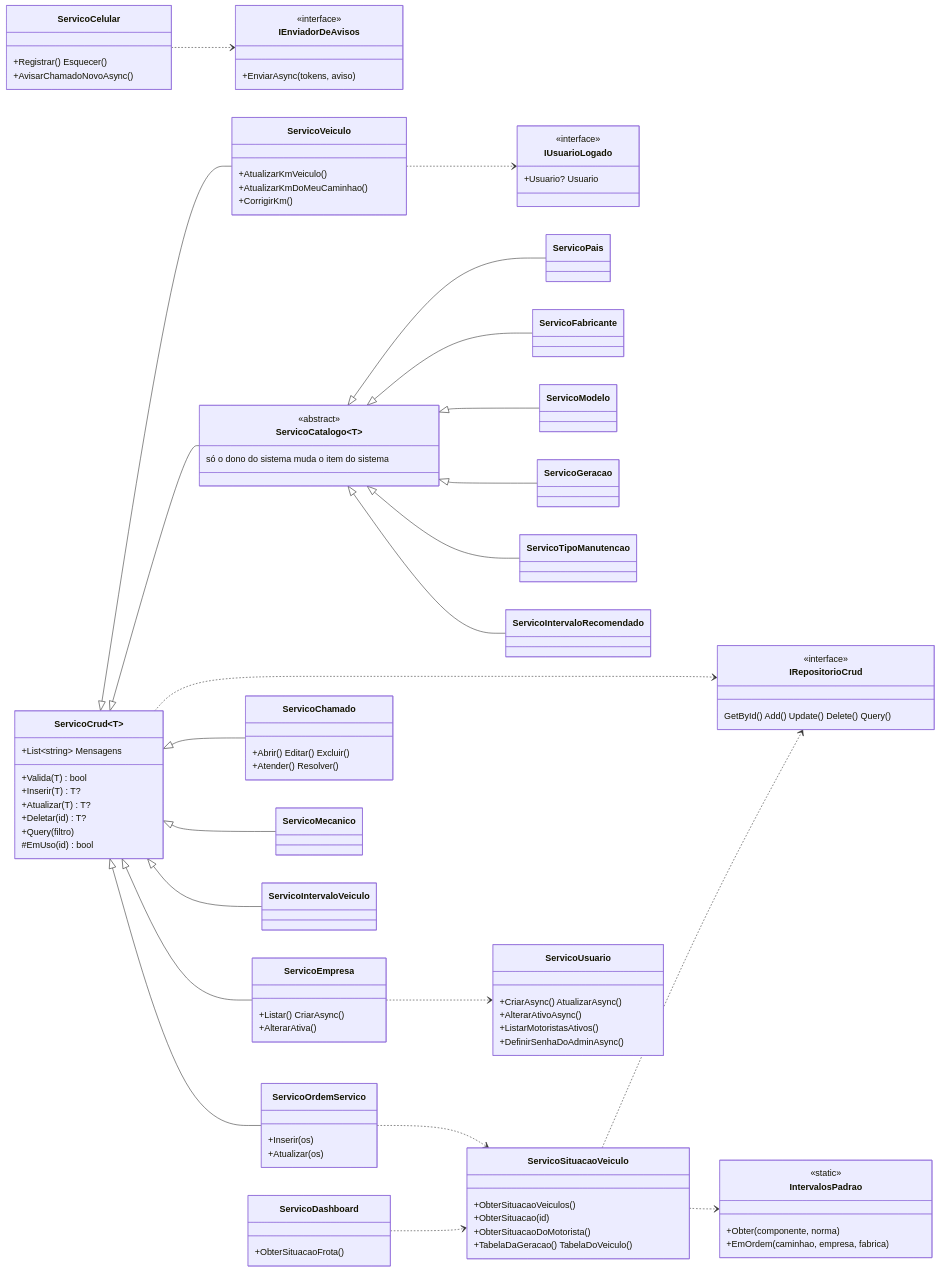
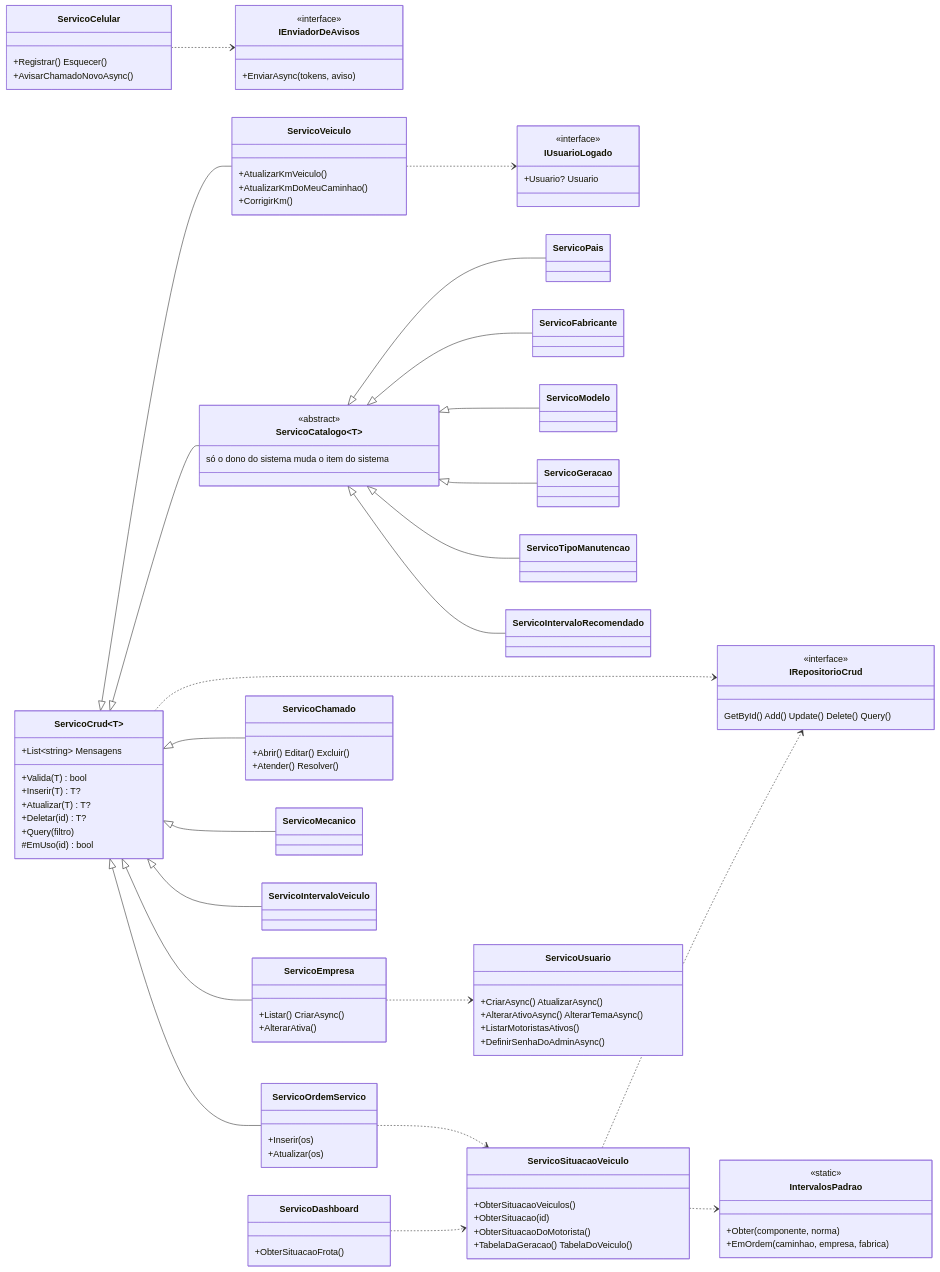
Before and after one commit to LeandroPoletti/CheckTruck: the fourth of 4 diagrams in docs/dominio.md, drawn with Mermaid. The commit also changed other lines of this file and 94 other files, not shown here.

```diff
--- a/docs/dominio.md
+++ b/docs/dominio.md
@@ -269,7 +271,7 @@
     }
     class ServicoUsuario {
         +CriarAsync() AtualizarAsync()
-        +AlterarAtivoAsync()
+        +AlterarAtivoAsync() AlterarTemaAsync()
         +ListarMotoristasAtivos()
         +DefinirSenhaDoAdminAsync()
     }
```
